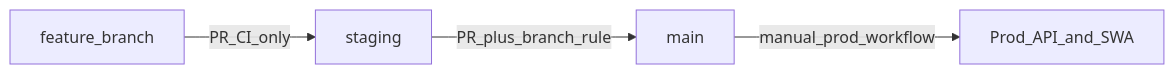
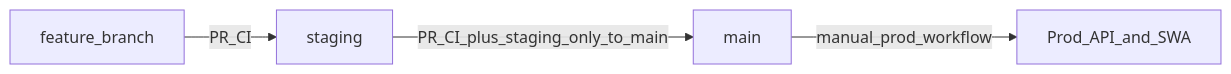
The diagram in docs/ci-cd-branching-evidence.md (joostwmd/deck-pack), drawn with Mermaid before and after one commit. The commit also changed other lines of this file and 5 other files, not shown here.

````diff
--- a/docs/ci-cd-branching-evidence.md
+++ b/docs/ci-cd-branching-evidence.md
@@ -11,9 +28,9 @@
 ```mermaid
 flowchart LR
   feature[feature_branch]
   staging[staging]
   main[main]
-  feature -->|PR_CI_only| staging
-  staging -->|PR_plus_branch_rule| main
+  feature -->|PR_CI| staging
+  staging -->|PR_CI_plus_staging_only_to_main| main
   main -->|manual_prod_workflow| prod[Prod_API_and_SWA]
 ```
````
